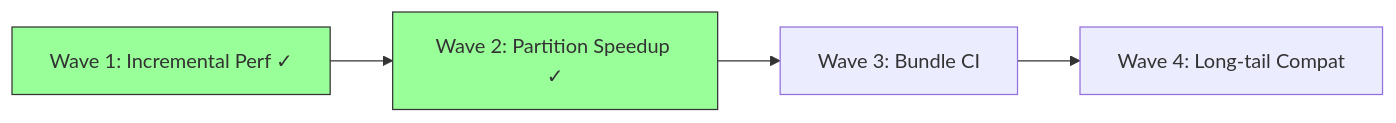
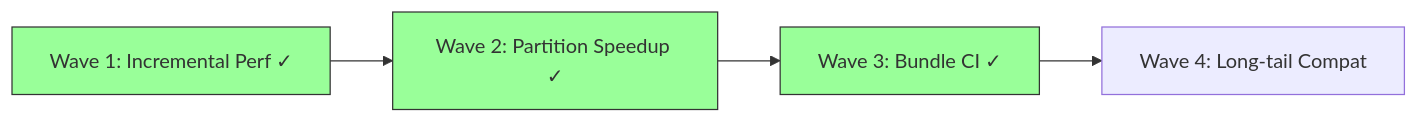
Before and after one commit to RK0429/ferritex: the diagram in docs/planning_report.md, drawn with Mermaid. The commit also changed other lines of this file and 4 other files, not shown here.

````diff
--- a/docs/planning_report.md
+++ b/docs/planning_report.md
@@ -97,8 +96,9 @@
 ```mermaid
 graph LR
     W1[Wave 1: Incremental Perf ✓] --> W2[Wave 2: Partition Speedup ✓]
-    W2 --> W3[Wave 3: Bundle CI]
+    W2 --> W3[Wave 3: Bundle CI ✓]
     W3 --> W4[Wave 4: Long-tail Compat]
     style W1 fill:#9f9,stroke:#333
     style W2 fill:#9f9,stroke:#333
+    style W3 fill:#9f9,stroke:#333
 ```
````
